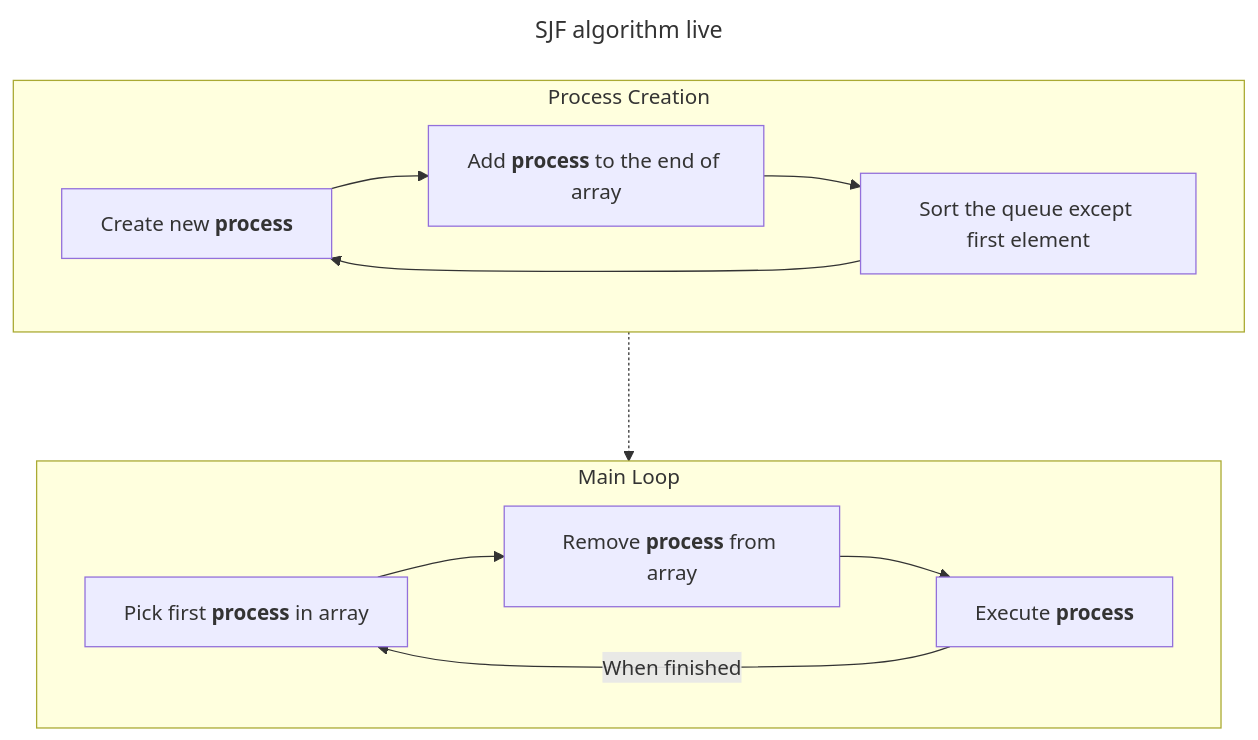
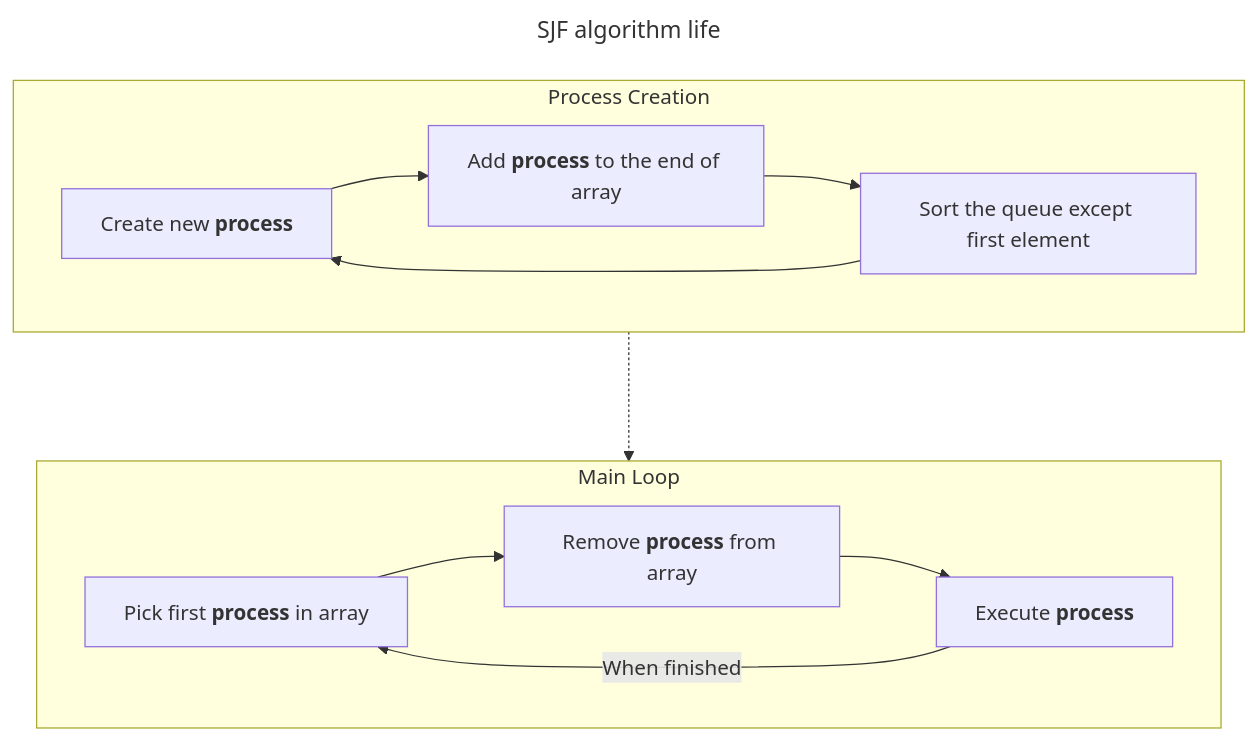
One commit to MainSkown/ProcessSimulation changed the second of 4 diagrams in README.md. Above: the diagram before and after it, drawn with Mermaid. The commit also changed other lines of this file, not shown here.

````diff
--- a/README.md
+++ b/README.md
@@ -51,22 +51,22 @@
 ```mermaid
 ---
-title: SJF algorithm live
+title: SJF algorithm life
 ---
 flowchart TB
     create["`Create new **process**`"]
     sort["Sort the queue except first element"]
     add["`Add **process** to the end of array`"]
     pick["`Pick first **process** in array`"]
     process["`Execute **process**`"]
     remove["`Remove **process** from array`"]
 
     subgraph creation[Process Creation]
         create --> add --> sort --> create
     end
 
     subgraph loop[Main Loop]
         pick --> remove --> process -->|When finished| pick
     end
 
     creation ..-> loop
 ```
````
